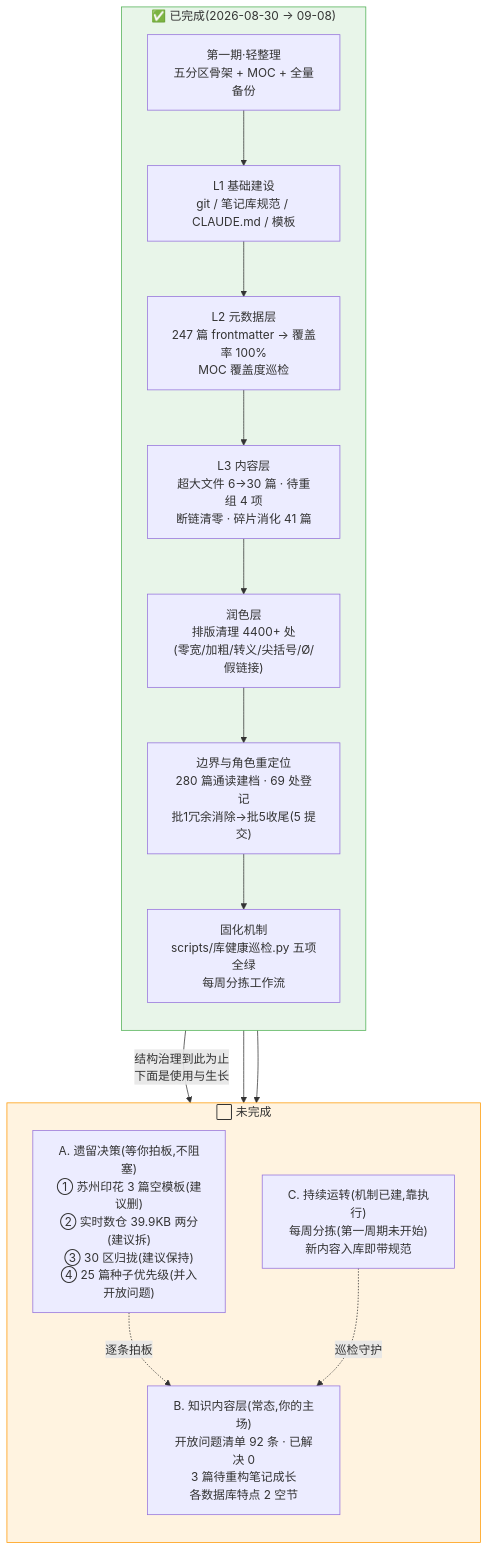
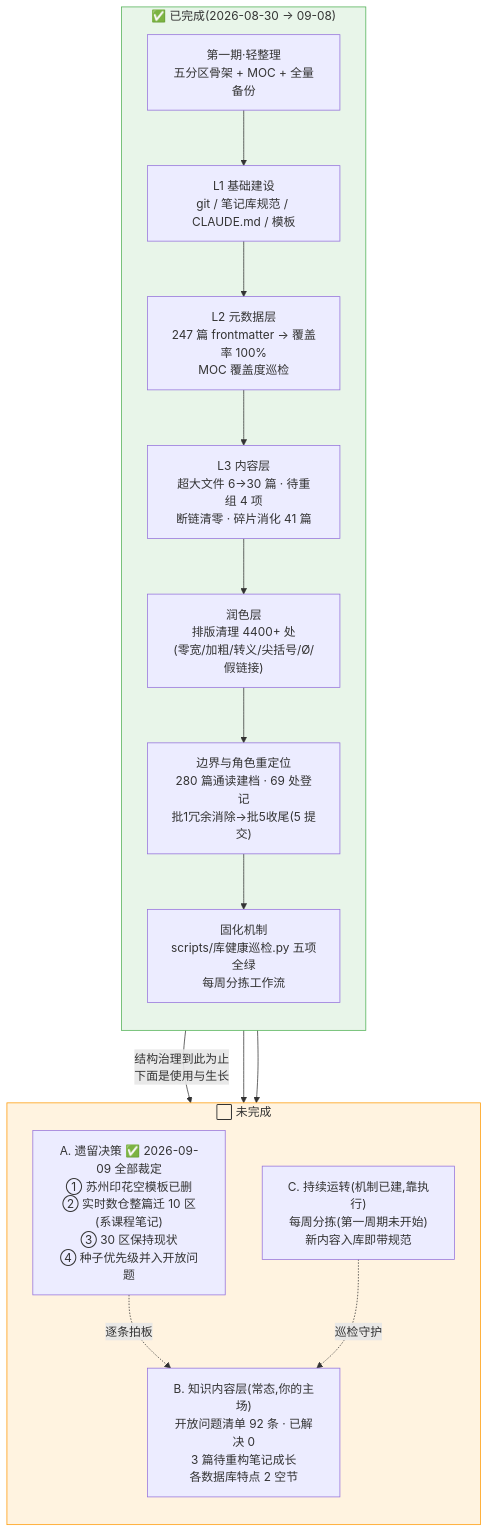
One commit to LMD-LV/Notes-Sync-Repository changed the diagram in 00-收件箱/治理进度地图.md. Above: the diagram before and after it, drawn with Mermaid. The commit also changed other lines of this file and 15 other files, not shown here.

Commit message:
遗留决策执行: 删苏州印花3篇空模板, 实时数仓技术点(39.9KB)整篇迁10区数据库建设(课程笔记定性,6图随迁), 30区保持/种子并入开放问题已记录, 巡检回全绿

````diff
--- a/00-收件箱/治理进度地图.md
+++ b/00-收件箱/治理进度地图.md
@@ -14,29 +14,29 @@
 ```mermaid
 flowchart TD
     subgraph DONE["✅ 已完成(2026-08-30 → 09-08)"]
         direction TB
         P0["第一期·轻整理<br/>五分区骨架 + MOC + 全量备份"] --> L1
         L1["L1 基础建设<br/>git / 笔记库规范 / CLAUDE.md / 模板"] --> L2
         L2["L2 元数据层<br/>247 篇 frontmatter → 覆盖率 100%<br/>MOC 覆盖度巡检"] --> L3
         L3["L3 内容层<br/>超大文件 6→30 篇 · 待重组 4 项<br/>断链清零 · 碎片消化 41 篇"] --> PL
         PL["润色层<br/>排版清理 4400+ 处<br/>(零宽/加粗/转义/尖括号/Ø/假链接)"] --> RG
         RG["边界与角色重定位<br/>280 篇通读建档 · 69 处登记<br/>批1冗余消除→批5收尾(5 提交)"] --> FIX
         FIX["固化机制<br/>scripts/库健康巡检.py 五项全绿<br/>每周分拣工作流"]
     end
 
     subgraph TODO["⬜ 未完成"]
         direction TB
-        A["A. 遗留决策(等你拍板,不阻塞)<br/>① 苏州印花 3 篇空模板(建议删)<br/>② 实时数仓 39.9KB 两分(建议拆)<br/>③ 30 区归拢(建议保持)<br/>④ 25 篇种子优先级(并入开放问题)"]
+        A["A. 遗留决策 ✅ 2026-09-09 全部裁定<br/>① 苏州印花空模板已删<br/>② 实时数仓整篇迁 10 区(系课程笔记)<br/>③ 30 区保持现状<br/>④ 种子优先级并入开放问题"]
         B["B. 知识内容层(常态,你的主场)<br/>开放问题清单 92 条 · 已解决 0<br/>3 篇待重构笔记成长<br/>各数据库特点 2 空节"]
         C["C. 持续运转(机制已建,靠执行)<br/>每周分拣(第一周期未开始)<br/>新内容入库即带规范"]
     end
 
     FIX -->|"结构治理到此为止<br/>下面是使用与生长"| A
     FIX --> B
     FIX --> C
     A -.->|逐条拍板| B
     C -.->|巡检守护| B
 
     style DONE fill:#e8f5e9,stroke:#4caf50
     style TODO fill:#fff3e0,stroke:#ff9800
 ```
````
